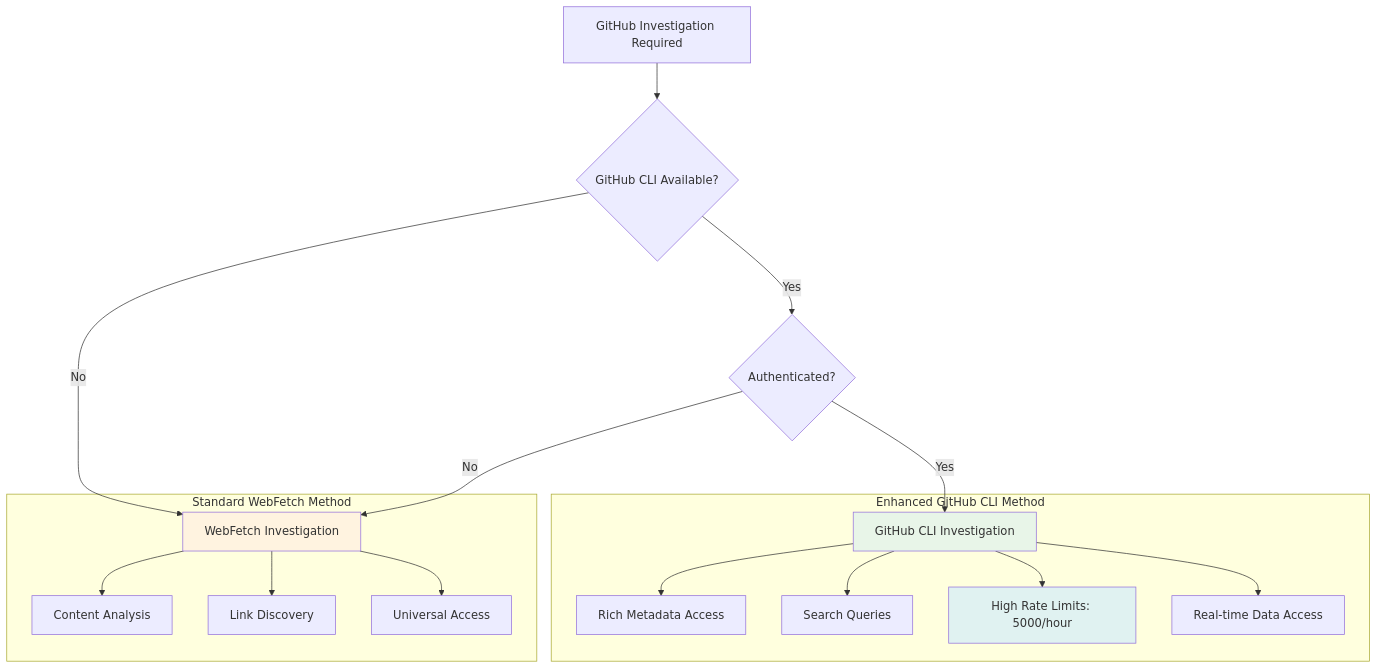
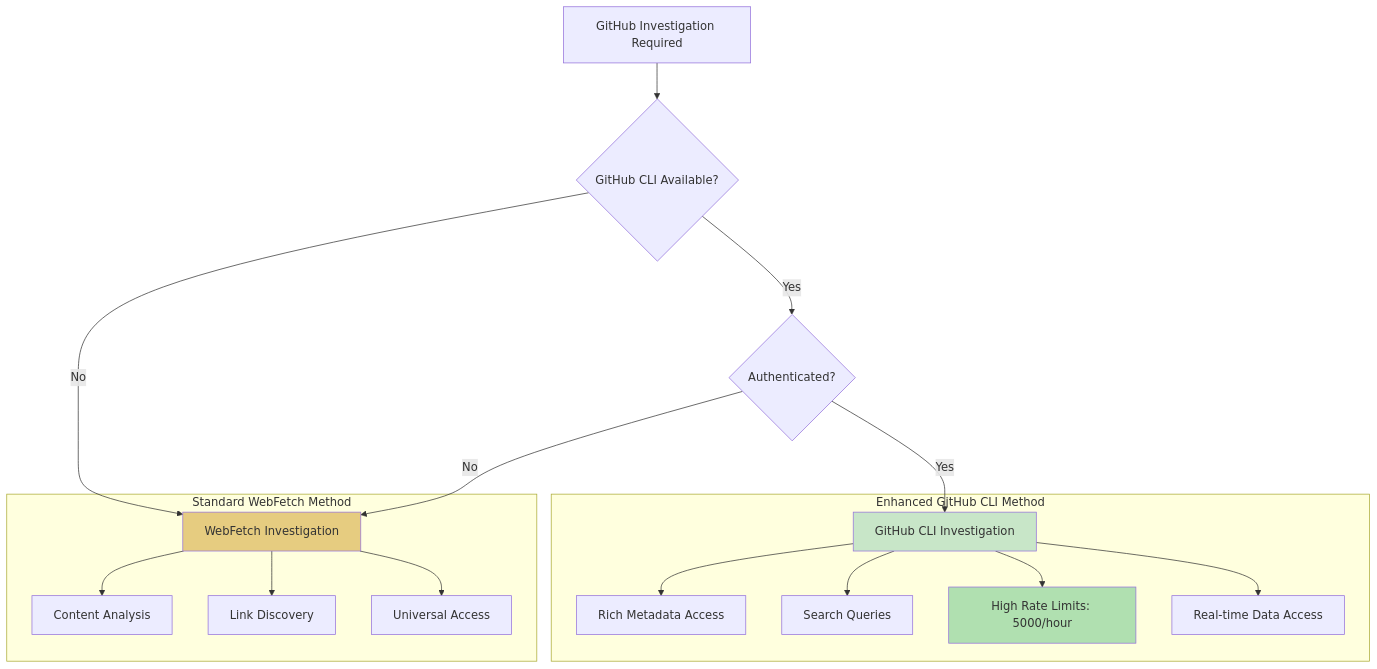
Before and after one commit to stolostron/ai-test-gen: diagram 19 of 29 in apps/claude-test-generator/docs/framework-workflow-details.md, drawn with Mermaid. The commit also changed other lines of this file and 15 other files, not shown here.

First line of the commit message:
🛡️ CRITICAL SECURITY: Implement comprehensive AI security architecture

````diff
--- a/apps/claude-test-generator/docs/framework-workflow-details.md
+++ b/apps/claude-test-generator/docs/framework-workflow-details.md
@@ -1104,40 +1082,40 @@
 ```mermaid
 flowchart TD
     START[GitHub Investigation Required]
     CHECK_CLI{GitHub CLI Available?}
     CHECK_AUTH{Authenticated?}
     
     subgraph "Enhanced GitHub CLI Method"
         CLI[GitHub CLI Investigation]
         RICH[Rich Metadata Access]
         ADVANCED[Search Queries]
         LIMITS[High Rate Limits: 5000/hour]
         REALTIME[Real-time Data Access]
     end
     
     subgraph "Standard WebFetch Method"
         WEBFETCH[WebFetch Investigation]
         CONTENT[Content Analysis]
         DISCOVERY[Link Discovery]
         UNIVERSAL[Universal Access]
     end
     
     START --> CHECK_CLI
     CHECK_CLI -->|Yes| CHECK_AUTH
     CHECK_CLI -->|No| WEBFETCH
     CHECK_AUTH -->|Yes| CLI
     CHECK_AUTH -->|No| WEBFETCH
     
     CLI --> RICH
     CLI --> ADVANCED
     CLI --> LIMITS
     CLI --> REALTIME
     
     WEBFETCH --> CONTENT
     WEBFETCH --> DISCOVERY
     WEBFETCH --> UNIVERSAL
     
-    style CLI fill:#e8f5e8
-    style WEBFETCH fill:#fff3e0
-    style LIMITS fill:#e0f2f1
+    style CLI fill:#c8e6c8
+    style WEBFETCH fill:#e6cc80
+    style LIMITS fill:#b0e0b0
 ```
````
